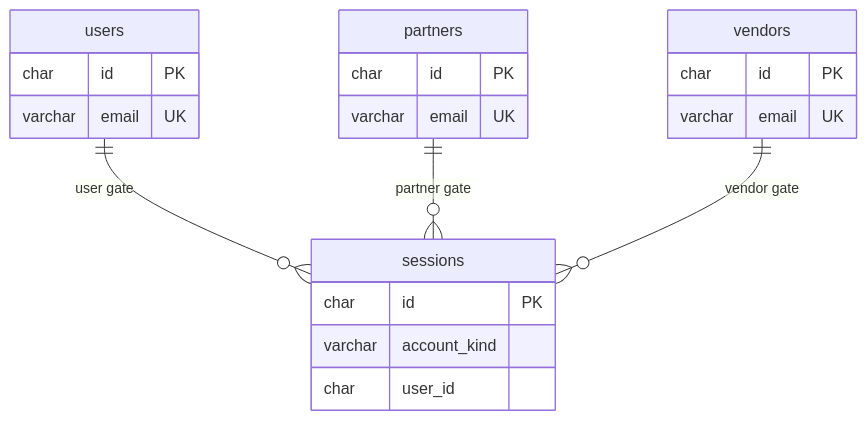
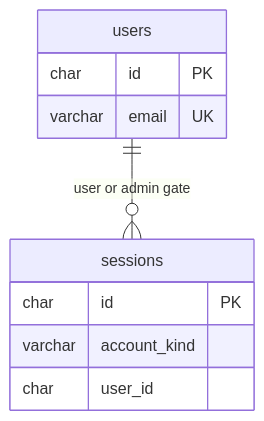
One commit to kakaiking/Sherehe changed the fourth of 4 diagrams in README.md. Above: the diagram before and after it, drawn with Mermaid. The commit also changed other lines of this file and 83 other files, not shown here.

````diff
--- a/README.md
+++ b/README.md
@@ -225,23 +227,13 @@
 ```mermaid
 erDiagram
-  users ||--o{ sessions : "user gate"
-  partners ||--o{ sessions : "partner gate"
-  vendors ||--o{ sessions : "vendor gate"
+  users ||--o{ sessions : "user or admin gate"
   users {
-    char id PK
-    varchar email UK
-  }
-  partners {
-    char id PK
-    varchar email UK
-  }
-  vendors {
     char id PK
     varchar email UK
   }
   sessions {
     char id PK
     varchar account_kind
     char user_id
   }
 ```
````
